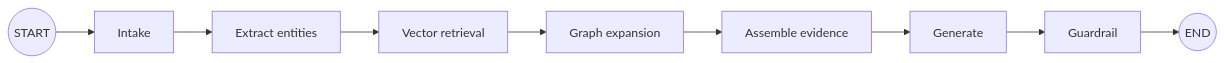
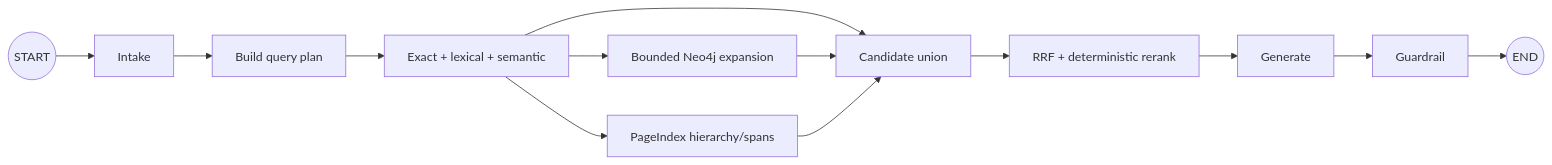
One commit to HOANGQUANGMINH371195/TEAM_GENIUS changed the second of 2 diagrams in docs/architecture_diagram.md. Above: the diagram before and after it, drawn with Mermaid. The commit also changed other lines of this file and 57 other files, not shown here.

Commit message:
Migrate data layer to Neo4j and GraphRAG indexes

````diff
--- a/docs/architecture_diagram.md
+++ b/docs/architecture_diagram.md
@@ -17,11 +26,15 @@
 ```mermaid
 graph LR
     START((START)) --> Intake[Intake]
-    Intake --> Entities[Extract entities]
-    Entities --> Vector[Vector retrieval]
-    Vector --> Graph[Graph expansion]
-    Graph --> Context[Assemble evidence]
-    Context --> Generate[Generate]
+    Intake --> Plan[Build query plan]
+    Plan --> Channels[Exact + lexical + semantic]
+    Channels --> Graph[Bounded Neo4j expansion]
+    Channels --> Page[PageIndex hierarchy/spans]
+    Channels --> Context[Candidate union]
+    Graph --> Context
+    Page --> Context
+    Context --> RRF[RRF + deterministic rerank]
+    RRF --> Generate[Generate]
     Generate --> Guardrail[Guardrail]
     Guardrail --> END((END))
 ```
````
